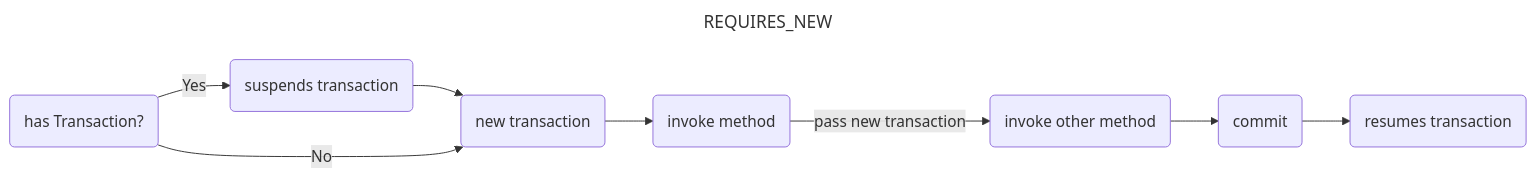
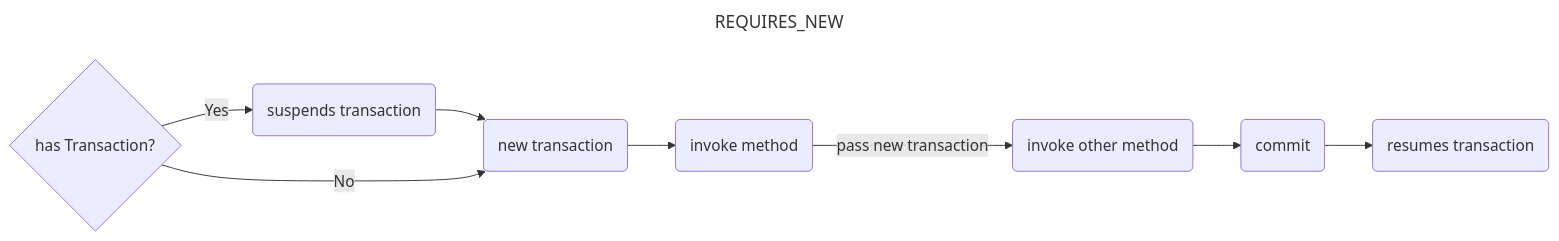
Before and after one commit to liqi19950722/Work: the third of 6 diagrams in work-2-04/理解并完成 Spring 事务传播机制与 EJB 规范的联系.md, drawn with Mermaid.

Commit message:
predict图形

````diff
--- a/work-2-04/理解并完成 Spring 事务传播机制与 EJB 规范的联系.md
+++ b/work-2-04/理解并完成 Spring 事务传播机制与 EJB 规范的联系.md
@@ -53,11 +53,11 @@
     ```mermaid
     ---
     title: REQUIRES_NEW
     ---
     flowchart LR
-        hasTransaction(has Transaction?) --> |Yes| suspends(suspends transaction) --> new(new transaction) --> invoke(invoke method)  --pass new transaction--> 
+        hasTransaction{has Transaction?} --> |Yes| suspends(suspends transaction) --> new(new transaction) --> invoke(invoke method)  --pass new transaction--> 
         invokeOther(invoke other method)
         --> commit(commit) -->
         resumes(resumes transaction)
         hasTransaction --> |No| new(new transaction)
     ```
````
